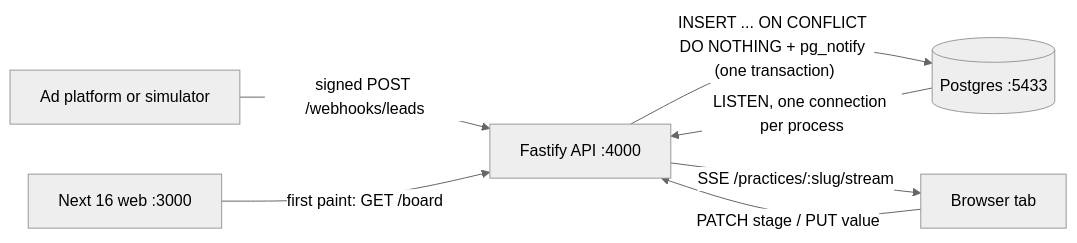
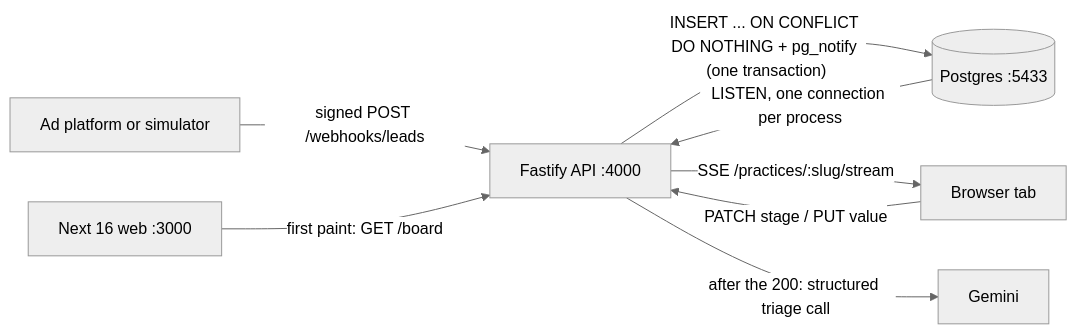
The diagram in README.md (priyanshu14077/Leadline), drawn with Mermaid (neutral theme) before and after one commit. The commit also changed other lines of this file, not shown here.

Commit message:
docs: update the README for triage, attribution and the demo form

````diff
--- a/README.md
+++ b/README.md
@@ -24,9 +22,10 @@
 ```mermaid
 flowchart LR
   AD["Ad platform or simulator"] -- "signed POST /webhooks/leads" --> API["Fastify API :4000"]
   API -- "INSERT ... ON CONFLICT DO NOTHING + pg_notify (one transaction)" --> PG[("Postgres :5433")]
   PG -- "LISTEN, one connection per process" --> API
   API -- "SSE /practices/:slug/stream" --> BR["Browser tab"]
+  API -- "after the 200: structured triage call" --> GEM["Gemini"]
   WEB["Next 16 web :3000"] -- "first paint: GET /board" --> API
   BR -- "PATCH stage / PUT value" --> API
 ```
````
